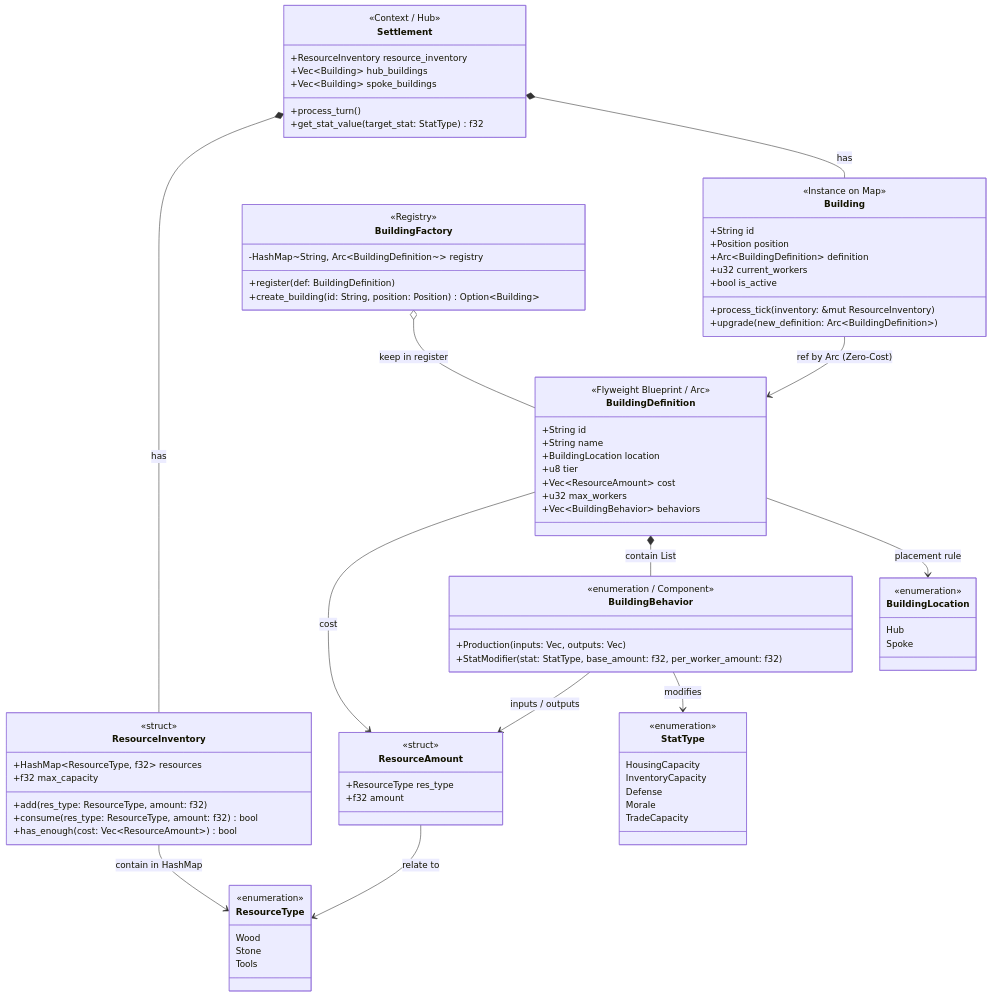
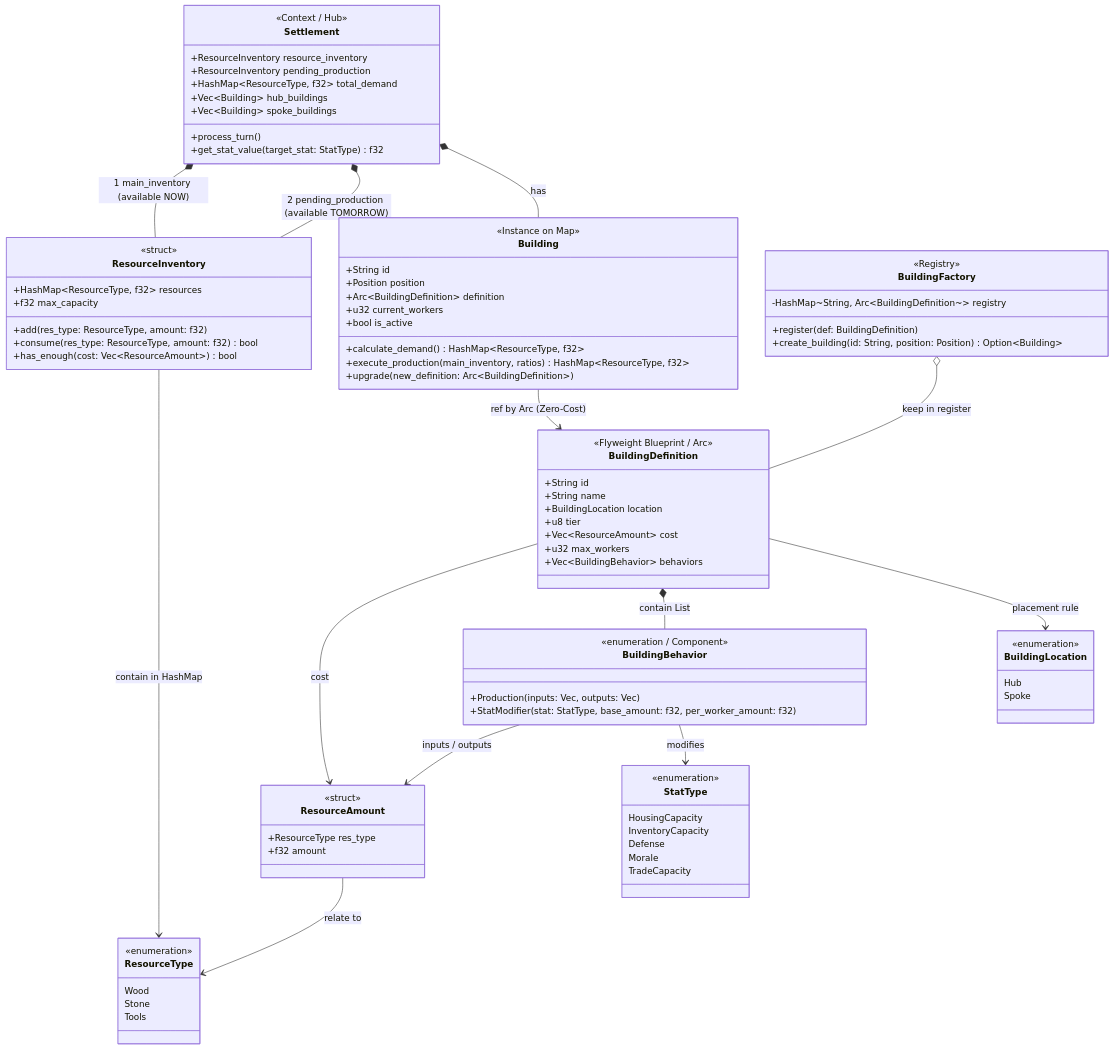
One commit to KMaksymilian/marl-grand-strategy-game changed the first of 4 diagrams in docs/architecture/settlements.md. Above: the diagram before and after it, drawn with Mermaid. The commit also changed other lines of this file, not shown here.

Commit message:
hotfix - Turn procedure for building production

````diff
--- a/docs/architecture/settlements.md
+++ b/docs/architecture/settlements.md
@@ -113,7 +113,8 @@
         +Arc~BuildingDefinition~ definition
         +u32 current_workers
         +bool is_active
-        +process_tick(inventory: &mut ResourceInventory)
+		+calculate_demand() HashMap~ResourceType, f32~
+		+execute_production(main_inventory, ratios) HashMap~ResourceType, f32~
         +upgrade(new_definition: Arc~BuildingDefinition~)
     }
 
@@ -127,6 +128,8 @@
     class Settlement {
         <<Context / Hub>>
         +ResourceInventory resource_inventory
+        +ResourceInventory pending_production 
+        +HashMap~ResourceType, f32~ total_demand
         +Vec~Building~ hub_buildings 
         +Vec~Building~ spoke_buildings
         +process_turn()
@@ -148,6 +151,7 @@
     
     Building --> BuildingDefinition : ref by Arc (Zero-Cost)
     
-    Settlement *-- ResourceInventory : has
+	Settlement *-- ResourceInventory : 1 main_inventory (available NOW)
+	Settlement *-- ResourceInventory : 2 pending_production (available TOMORROW)
     Settlement *-- Building : has
 ```
````
